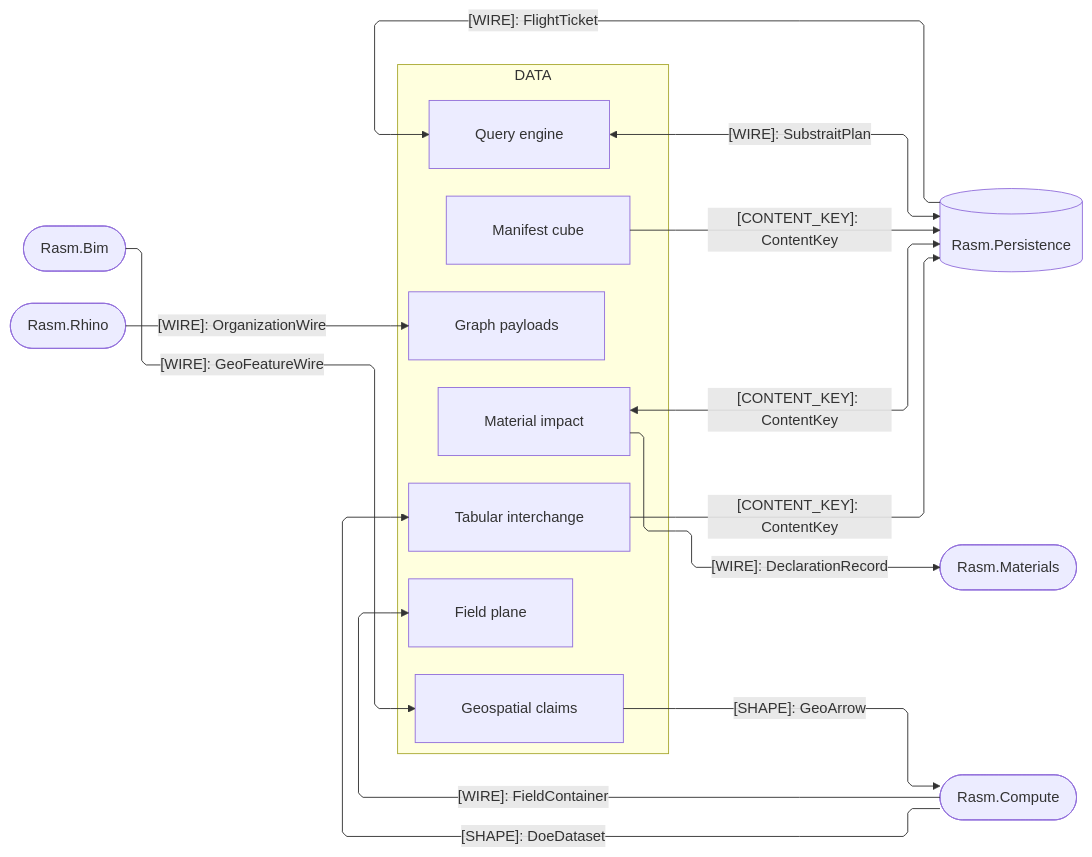
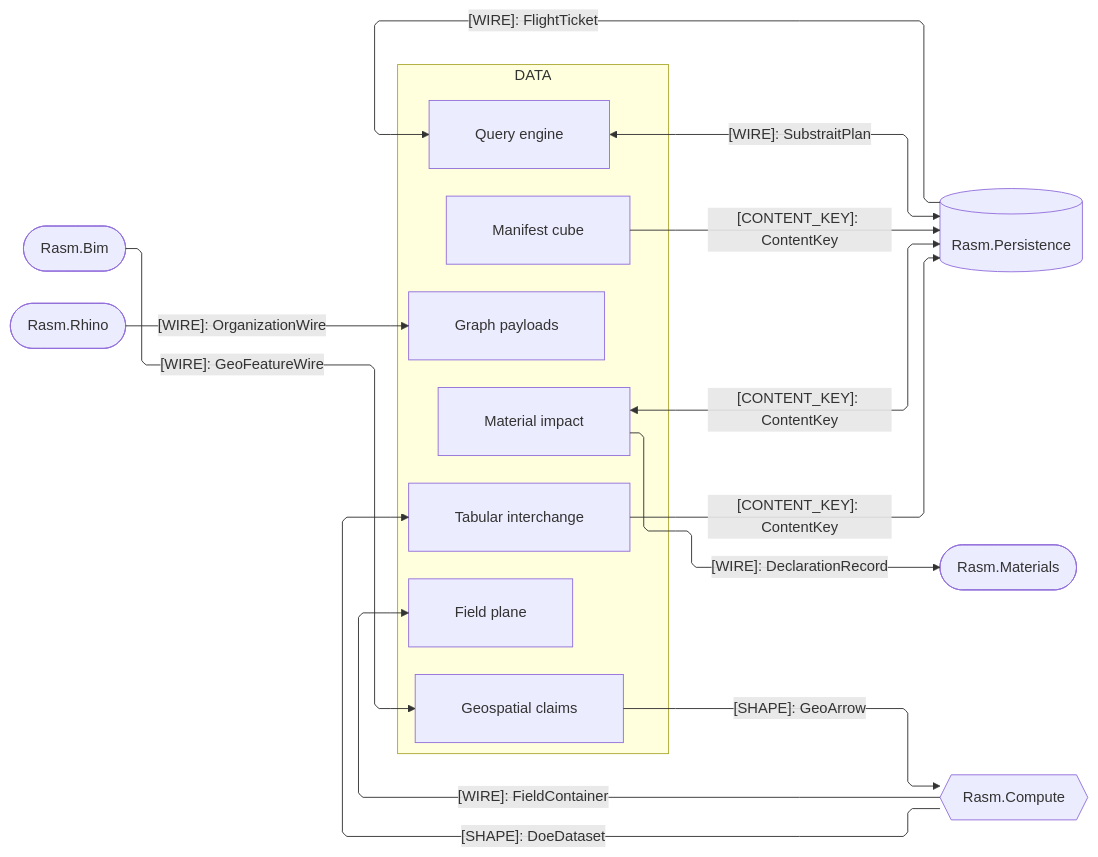
One commit to bsamiee/Rasm changed the fourth of 5 diagrams in libs/python/data/ARCHITECTURE.md. Above: the diagram before and after it, drawn with Mermaid. The commit also changed other lines of this file and 115 other files, not shown here.

````diff
--- a/libs/python/data/ARCHITECTURE.md
+++ b/libs/python/data/ARCHITECTURE.md
@@ -211,37 +210,37 @@
 ```mermaid
 ---
 config:
   layout: elk
   flowchart:
     curve: linear
     padding: 25
 ---
 flowchart LR
     accTitle: Data package C#-peer seam registry
     accDescr: Data sub-domain owners exchanging frame shapes, content keys, plan wires, and the environmental set with the C# peers.
     subgraph data[DATA]
         Tabular[Tabular interchange]
         Query[Query engine]
         Geospatial[Geospatial claims]
         Virtual[Manifest cube]
         Field[Field plane]
         Impact[Material impact]
         Graph[Graph payloads]
     end
     Persistence[(Rasm.Persistence)]
     Materials([Rasm.Materials])
-    Compute([Rasm.Compute])
+    Compute{{Rasm.Compute}}
     Bim([Rasm.Bim])
     Rhino([Rasm.Rhino])
     Compute e1@-->|"[SHAPE]: DoeDataset"| Tabular
-    Compute e10@-->|"[WIRE]: FieldContainer"| Field
-    Geospatial e2@-->|"[SHAPE]: GeoArrow"| Compute
-    Tabular e3@-->|"[CONTENT_KEY]: ContentKey"| Persistence
-    Query e4@<-->|"[WIRE]: SubstraitPlan"| Persistence
-    Virtual e5@-->|"[CONTENT_KEY]: ContentKey"| Persistence
-    Impact e6@<-->|"[CONTENT_KEY]: ContentKey"| Persistence
-    Bim e7@-->|"[WIRE]: GeoFeatureWire"| Geospatial
-    Rhino e11@-->|"[WIRE]: OrganizationWire"| Graph
-    Persistence e8@-->|"[WIRE]: FlightTicket"| Query
-    Impact e9@-->|"[WIRE]: DeclarationRecord"| Materials
+    Compute e2@-->|"[WIRE]: FieldContainer"| Field
+    Geospatial e3@-->|"[SHAPE]: GeoArrow"| Compute
+    Tabular e4@-->|"[CONTENT_KEY]: ContentKey"| Persistence
+    Query e5@<-->|"[WIRE]: SubstraitPlan"| Persistence
+    Virtual e6@-->|"[CONTENT_KEY]: ContentKey"| Persistence
+    Impact e7@<-->|"[CONTENT_KEY]: ContentKey"| Persistence
+    Bim e8@-->|"[WIRE]: GeoFeatureWire"| Geospatial
+    Rhino e9@-->|"[WIRE]: OrganizationWire"| Graph
+    Persistence e10@-->|"[WIRE]: FlightTicket"| Query
+    Impact e11@-->|"[WIRE]: DeclarationRecord"| Materials
 ```
````
